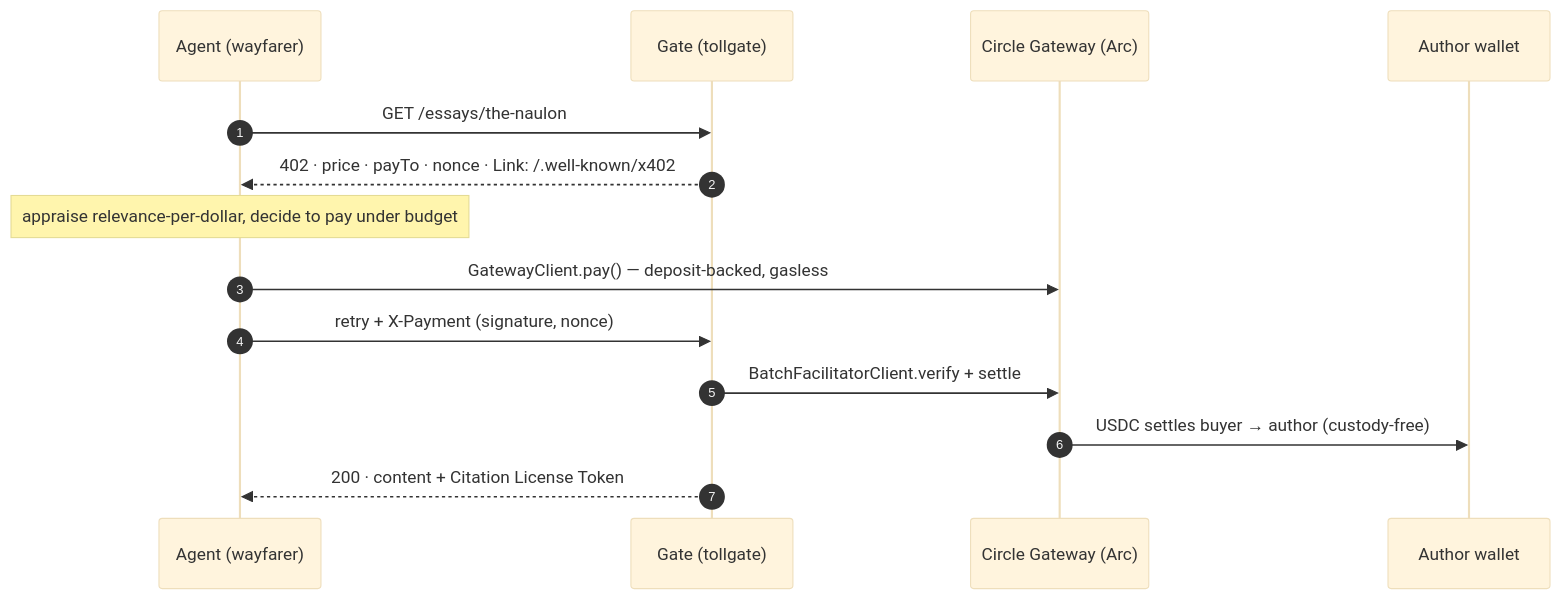
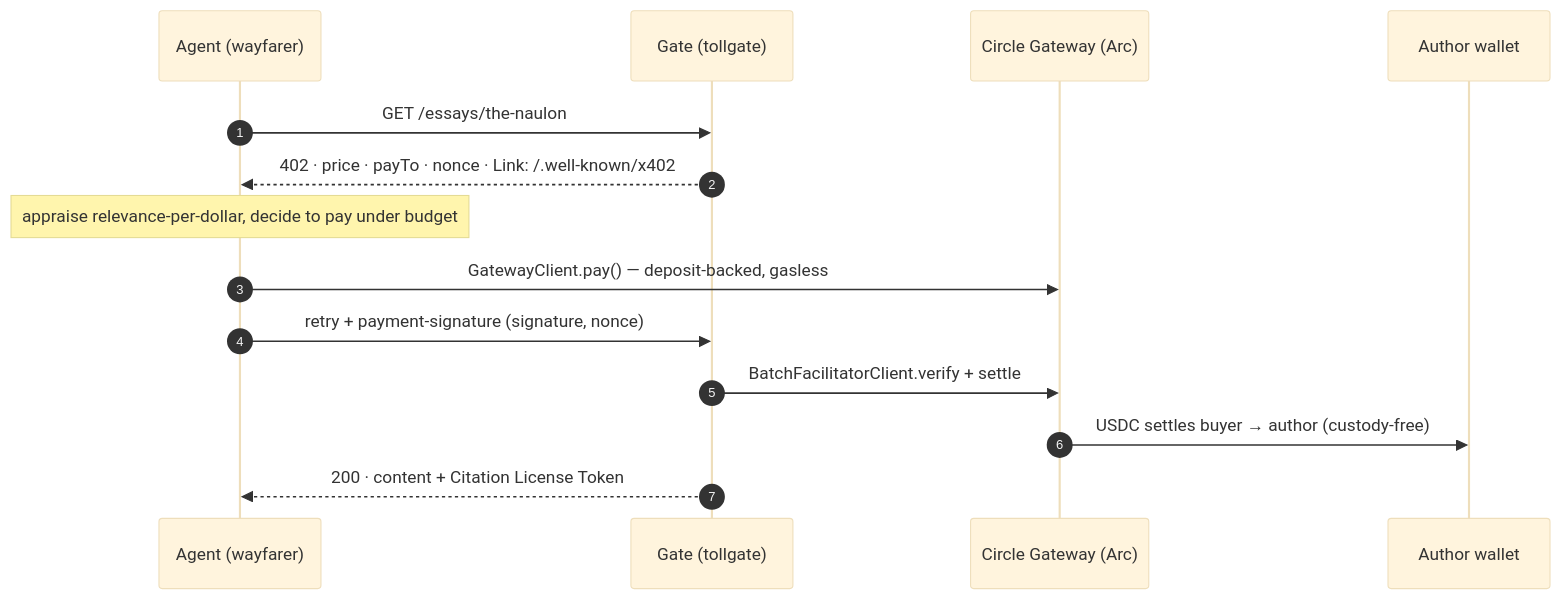
One commit to naulonapp/naulon changed the fourth of 4 diagrams in README.md. Above: the diagram before and after it, drawn with Mermaid (base theme). The commit also changed other lines of this file and 2 other files, not shown here.

````diff
--- a/README.md
+++ b/README.md
@@ -331,17 +331,17 @@
 ```mermaid
 sequenceDiagram
     autonumber
     participant A as Agent (wayfarer)
     participant G as Gate (tollgate)
     participant C as Circle Gateway (Arc)
     participant Au as Author wallet
 
     A->>G: GET /essays/the-naulon
     G-->>A: 402 · price · payTo · nonce · Link: /.well-known/x402
     Note over A: appraise relevance-per-dollar, decide to pay under budget
     A->>C: GatewayClient.pay() — deposit-backed, gasless
-    A->>G: retry + X-Payment (signature, nonce)
+    A->>G: retry + payment-signature (signature, nonce)
     G->>C: BatchFacilitatorClient.verify + settle
     C->>Au: USDC settles buyer → author (custody-free)
     G-->>A: 200 · content + Citation License Token
 ```
````
